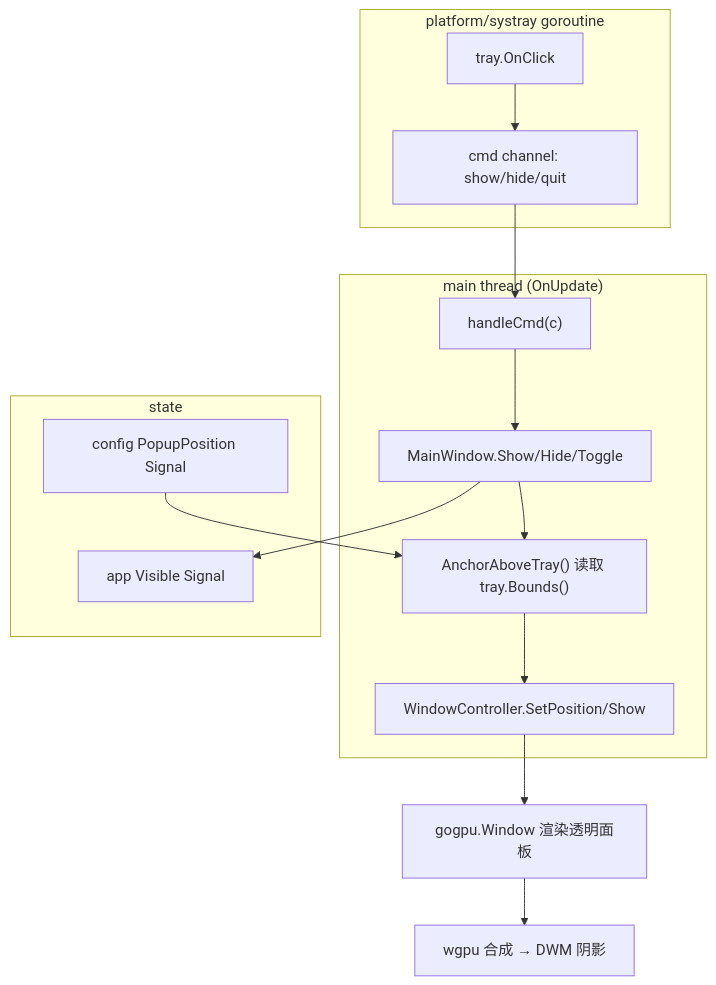
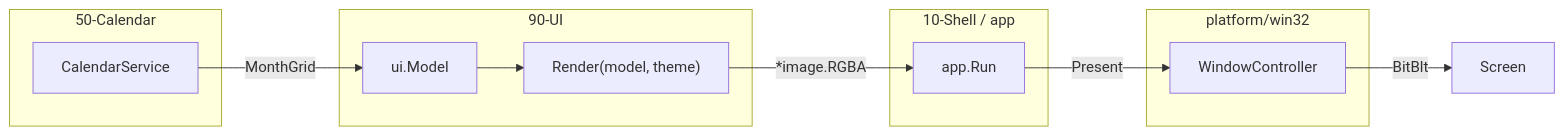
One commit to shaolei/DeskCalendar changed the second of 4 diagrams in docs/90-UI/MainWindow.md. Above: the diagram before and after it, drawn with Mermaid. The commit also changed other lines of this file and 13 other files, not shown here.

First line of the commit message:
feat(ui): implement #90-UI render layer (gg -> *image.RGBA via WindowController.Present)

````diff
--- a/docs/90-UI/MainWindow.md
+++ b/docs/90-UI/MainWindow.md
@@ -70,20 +64,21 @@
 ```mermaid
-flowchart TB
-    subgraph PLAT["platform/systray goroutine"]
-        Tray["tray.OnClick"] --> CmdCh["cmd channel: show/hide/quit"]
+flowchart LR
+    subgraph CAL["50-Calendar"]
+        Svc["CalendarService"]
     end
-    subgraph MAIN["main thread (OnUpdate)"]
-        CmdCh --> Handle["handleCmd(c)"]
-        Handle --> MW["MainWindow.Show/Hide/Toggle"]
-        MW --> Anchor["AnchorAboveTray() 读取 tray.Bounds()"]
-        Anchor --> WC["WindowController.SetPosition/Show"]
+    subgraph UI["90-UI"]
+        Model["ui.Model"]
+        Render["Render(model, theme)"]
     end
-    subgraph STATE["state"]
-        Vis["app Visible Signal"]
-        Cfg["config PopupPosition Signal"]
+    subgraph APP["10-Shell / app"]
+        Run["app.Run"]
     end
-    MW --> Vis
-    Cfg --> Anchor
-    WC --> Win["gogpu.Window 渲染透明面板"]
-    Win --> GPU["wgpu 合成 → DWM 阴影"]
+    subgraph WIN["platform/win32"]
+        W["WindowController"]
+    end
+    Svc -->|MonthGrid| Model
+    Model --> Render
+    Render -->|*image.RGBA| Run
+    Run -->|Present| W
+    W -->|BitBlt| Screen
 ```
````
